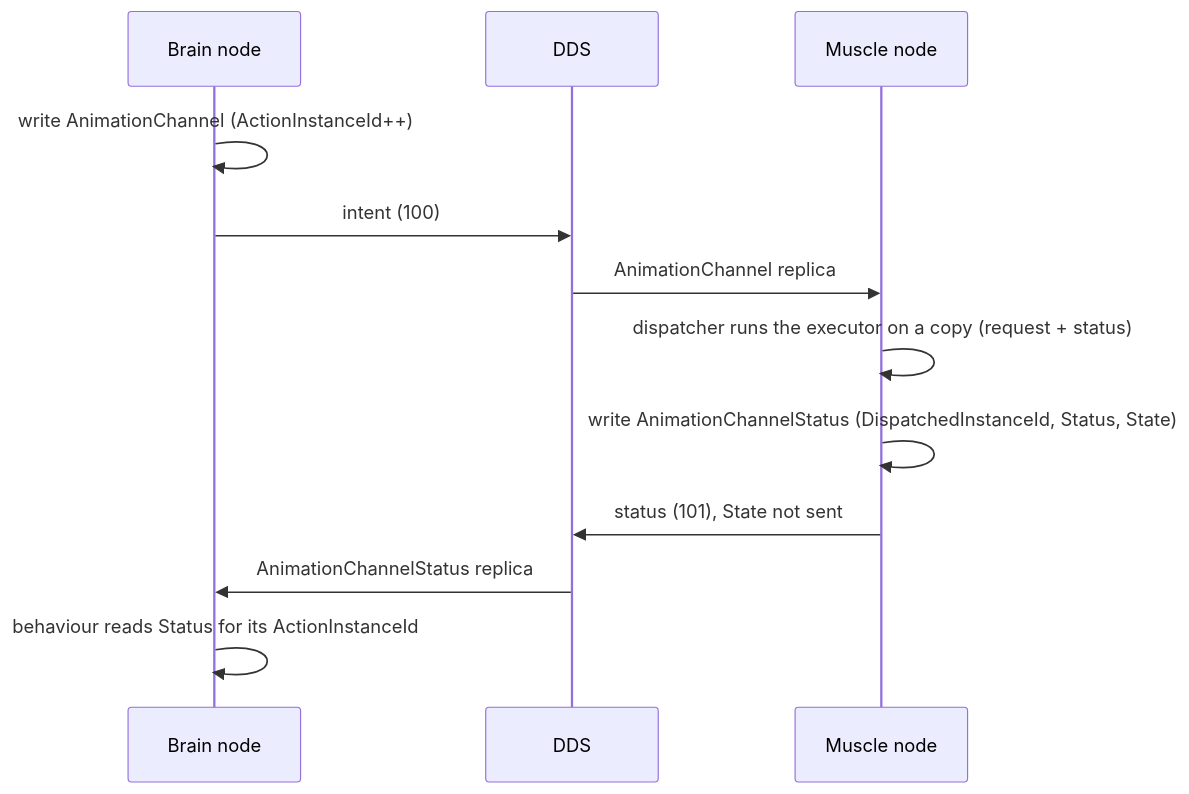
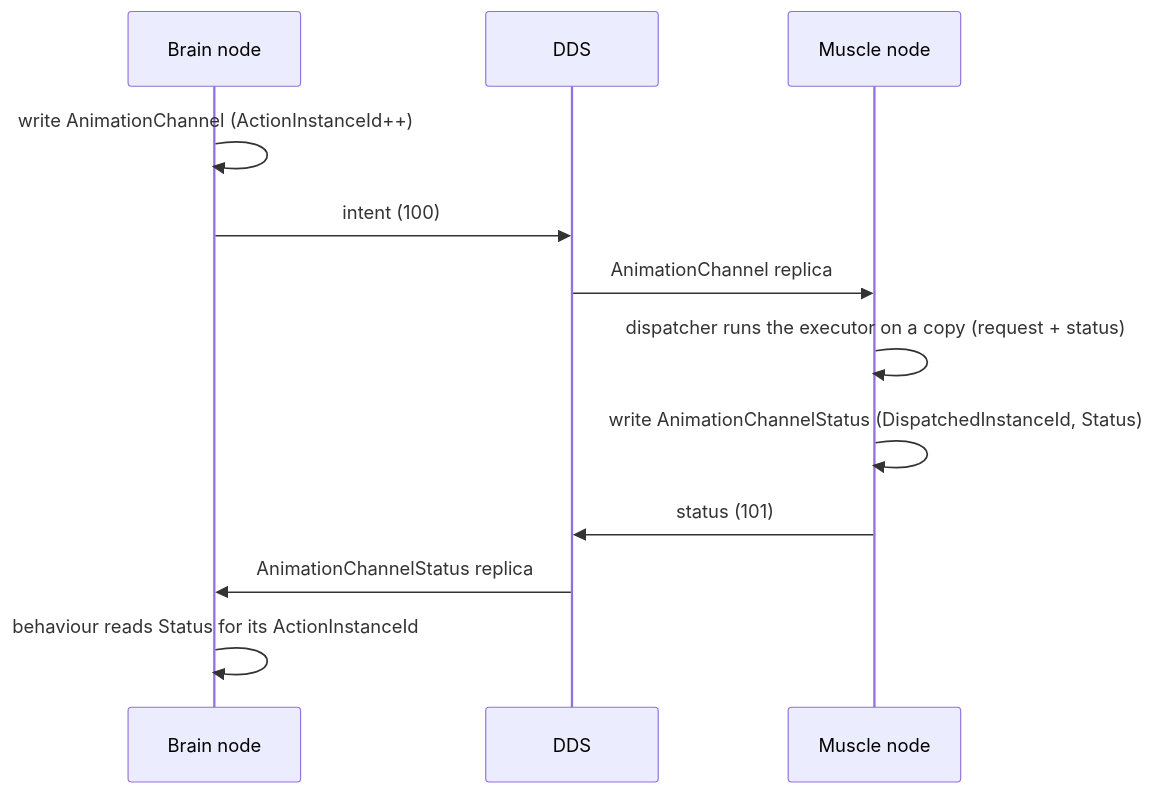
The second of 3 diagrams in docs/blueprints/Architect_Question_80_Animation_Channel_Ownership_Split.md (pjanec/HROT), drawn with Mermaid before and after one commit. The commit also changed other lines of this file and 37 other files, not shown here.

````diff
--- a/docs/blueprints/Architect_Question_80_Animation_Channel_Ownership_Split.md
+++ b/docs/blueprints/Architect_Question_80_Animation_Channel_Ownership_Split.md
@@ -109,14 +114,14 @@
 ```mermaid
 sequenceDiagram
   participant B as Brain node
   participant W as DDS
   participant M as Muscle node
   B->>B: write AnimationChannel (ActionInstanceId++)
   B->>W: intent (100)
   W->>M: AnimationChannel replica
   M->>M: dispatcher runs the executor on a copy (request + status)
-  M->>M: write AnimationChannelStatus (DispatchedInstanceId, Status, State)
-  M->>W: status (101), State not sent
+  M->>M: write AnimationChannelStatus (DispatchedInstanceId, Status)
+  M->>W: status (101)
   W->>B: AnimationChannelStatus replica
   B->>B: behaviour reads Status for its ActionInstanceId
 ```
````
